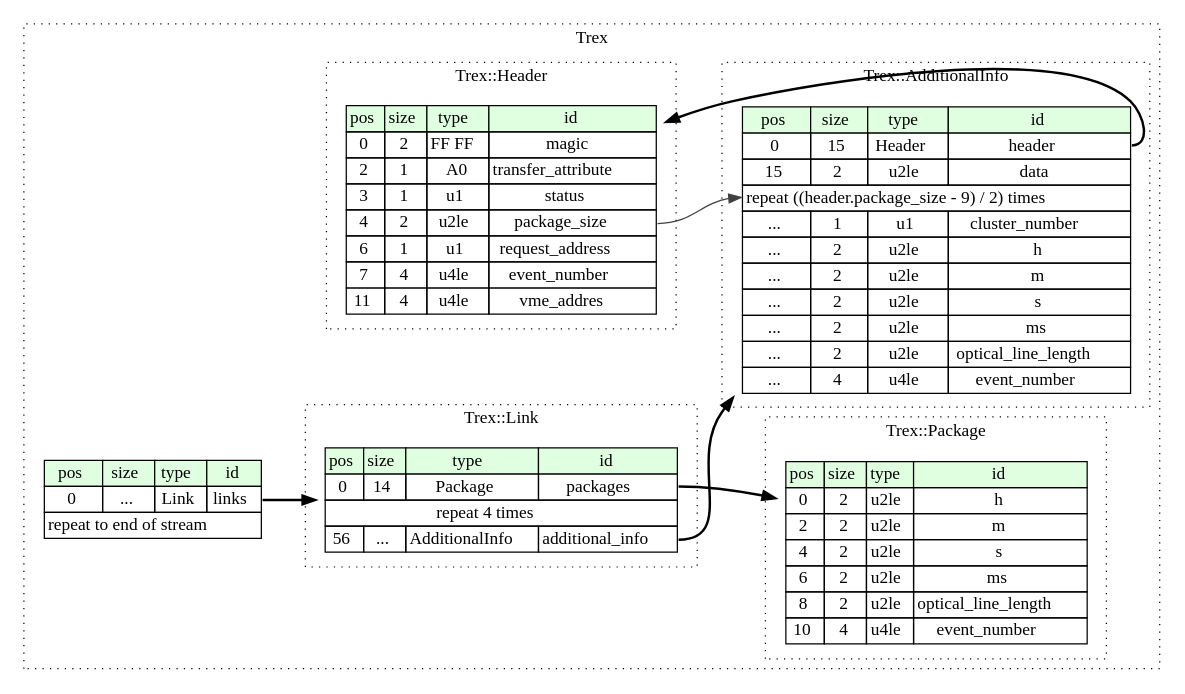
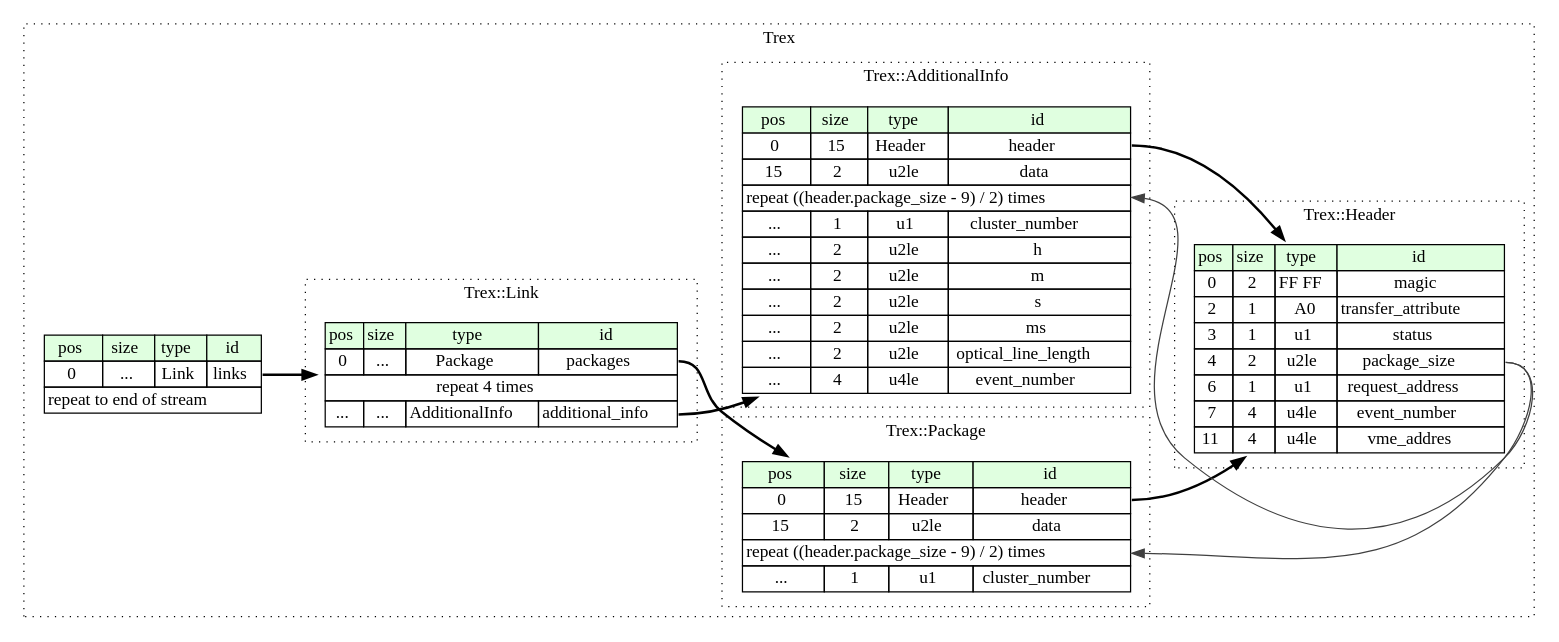
The diagram in src/trex/graphviz/trex.dot (sunveil/dataformats), drawn with Graphviz before and after one commit. The commit also changed 13 other files, not shown here.

```diff
--- a/src/trex/graphviz/trex.dot
+++ b/src/trex/graphviz/trex.dot
@@ -1,77 +1,77 @@
 digraph {
 	rankdir=LR;
 	node [shape=plaintext];
 	subgraph cluster__trex {
 		label="Trex";
 		graph[style=dotted];
 
 		trex__seq [label=<<TABLE BORDER="0" CELLBORDER="1" CELLSPACING="0">
 			<TR><TD BGCOLOR="#E0FFE0">pos</TD><TD BGCOLOR="#E0FFE0">size</TD><TD BGCOLOR="#E0FFE0">type</TD><TD BGCOLOR="#E0FFE0">id</TD></TR>
 			<TR><TD PORT="links_pos">0</TD><TD PORT="links_size">...</TD><TD>Link</TD><TD PORT="links_type">links</TD></TR>
 			<TR><TD COLSPAN="4" PORT="links__repeat">repeat to end of stream</TD></TR>
 		</TABLE>>];
 		subgraph cluster__link {
 			label="Trex::Link";
 			graph[style=dotted];
 
 			link__seq [label=<<TABLE BORDER="0" CELLBORDER="1" CELLSPACING="0">
 				<TR><TD BGCOLOR="#E0FFE0">pos</TD><TD BGCOLOR="#E0FFE0">size</TD><TD BGCOLOR="#E0FFE0">type</TD><TD BGCOLOR="#E0FFE0">id</TD></TR>
-				<TR><TD PORT="packages_pos">0</TD><TD PORT="packages_size">14</TD><TD>Package</TD><TD PORT="packages_type">packages</TD></TR>
+				<TR><TD PORT="packages_pos">0</TD><TD PORT="packages_size">...</TD><TD>Package</TD><TD PORT="packages_type">packages</TD></TR>
 				<TR><TD COLSPAN="4" PORT="packages__repeat">repeat 4 times</TD></TR>
-				<TR><TD PORT="additional_info_pos">56</TD><TD PORT="additional_info_size">...</TD><TD>AdditionalInfo</TD><TD PORT="additional_info_type">additional_info</TD></TR>
+				<TR><TD PORT="additional_info_pos">...</TD><TD PORT="additional_info_size">...</TD><TD>AdditionalInfo</TD><TD PORT="additional_info_type">additional_info</TD></TR>
 			</TABLE>>];
 		}
 		subgraph cluster__package {
 			label="Trex::Package";
 			graph[style=dotted];
 
 			package__seq [label=<<TABLE BORDER="0" CELLBORDER="1" CELLSPACING="0">
 				<TR><TD BGCOLOR="#E0FFE0">pos</TD><TD BGCOLOR="#E0FFE0">size</TD><TD BGCOLOR="#E0FFE0">type</TD><TD BGCOLOR="#E0FFE0">id</TD></TR>
-				<TR><TD PORT="h_pos">0</TD><TD PORT="h_size">2</TD><TD>u2le</TD><TD PORT="h_type">h</TD></TR>
-				<TR><TD PORT="m_pos">2</TD><TD PORT="m_size">2</TD><TD>u2le</TD><TD PORT="m_type">m</TD></TR>
-				<TR><TD PORT="s_pos">4</TD><TD PORT="s_size">2</TD><TD>u2le</TD><TD PORT="s_type">s</TD></TR>
-				<TR><TD PORT="ms_pos">6</TD><TD PORT="ms_size">2</TD><TD>u2le</TD><TD PORT="ms_type">ms</TD></TR>
-				<TR><TD PORT="optical_line_length_pos">8</TD><TD PORT="optical_line_length_size">2</TD><TD>u2le</TD><TD PORT="optical_line_length_type">optical_line_length</TD></TR>
-				<TR><TD PORT="event_number_pos">10</TD><TD PORT="event_number_size">4</TD><TD>u4le</TD><TD PORT="event_number_type">event_number</TD></TR>
+				<TR><TD PORT="header_pos">0</TD><TD PORT="header_size">15</TD><TD>Header</TD><TD PORT="header_type">header</TD></TR>
+				<TR><TD PORT="data_pos">15</TD><TD PORT="data_size">2</TD><TD>u2le</TD><TD PORT="data_type">data</TD></TR>
+				<TR><TD COLSPAN="4" PORT="data__repeat">repeat ((header.package_size - 9) / 2) times</TD></TR>
+				<TR><TD PORT="cluster_number_pos">...</TD><TD PORT="cluster_number_size">1</TD><TD>u1</TD><TD PORT="cluster_number_type">cluster_number</TD></TR>
 			</TABLE>>];
 		}
 		subgraph cluster__header {
 			label="Trex::Header";
 			graph[style=dotted];
 
 			header__seq [label=<<TABLE BORDER="0" CELLBORDER="1" CELLSPACING="0">
 				<TR><TD BGCOLOR="#E0FFE0">pos</TD><TD BGCOLOR="#E0FFE0">size</TD><TD BGCOLOR="#E0FFE0">type</TD><TD BGCOLOR="#E0FFE0">id</TD></TR>
 				<TR><TD PORT="magic_pos">0</TD><TD PORT="magic_size">2</TD><TD>FF FF</TD><TD PORT="magic_type">magic</TD></TR>
 				<TR><TD PORT="transfer_attribute_pos">2</TD><TD PORT="transfer_attribute_size">1</TD><TD>A0</TD><TD PORT="transfer_attribute_type">transfer_attribute</TD></TR>
 				<TR><TD PORT="status_pos">3</TD><TD PORT="status_size">1</TD><TD>u1</TD><TD PORT="status_type">status</TD></TR>
 				<TR><TD PORT="package_size_pos">4</TD><TD PORT="package_size_size">2</TD><TD>u2le</TD><TD PORT="package_size_type">package_size</TD></TR>
 				<TR><TD PORT="request_address_pos">6</TD><TD PORT="request_address_size">1</TD><TD>u1</TD><TD PORT="request_address_type">request_address</TD></TR>
 				<TR><TD PORT="event_number_pos">7</TD><TD PORT="event_number_size">4</TD><TD>u4le</TD><TD PORT="event_number_type">event_number</TD></TR>
 				<TR><TD PORT="vme_addres_pos">11</TD><TD PORT="vme_addres_size">4</TD><TD>u4le</TD><TD PORT="vme_addres_type">vme_addres</TD></TR>
 			</TABLE>>];
 		}
 		subgraph cluster__additional_info {
 			label="Trex::AdditionalInfo";
 			graph[style=dotted];
 
 			additional_info__seq [label=<<TABLE BORDER="0" CELLBORDER="1" CELLSPACING="0">
 				<TR><TD BGCOLOR="#E0FFE0">pos</TD><TD BGCOLOR="#E0FFE0">size</TD><TD BGCOLOR="#E0FFE0">type</TD><TD BGCOLOR="#E0FFE0">id</TD></TR>
 				<TR><TD PORT="header_pos">0</TD><TD PORT="header_size">15</TD><TD>Header</TD><TD PORT="header_type">header</TD></TR>
 				<TR><TD PORT="data_pos">15</TD><TD PORT="data_size">2</TD><TD>u2le</TD><TD PORT="data_type">data</TD></TR>
 				<TR><TD COLSPAN="4" PORT="data__repeat">repeat ((header.package_size - 9) / 2) times</TD></TR>
 				<TR><TD PORT="cluster_number_pos">...</TD><TD PORT="cluster_number_size">1</TD><TD>u1</TD><TD PORT="cluster_number_type">cluster_number</TD></TR>
 				<TR><TD PORT="h_pos">...</TD><TD PORT="h_size">2</TD><TD>u2le</TD><TD PORT="h_type">h</TD></TR>
 				<TR><TD PORT="m_pos">...</TD><TD PORT="m_size">2</TD><TD>u2le</TD><TD PORT="m_type">m</TD></TR>
 				<TR><TD PORT="s_pos">...</TD><TD PORT="s_size">2</TD><TD>u2le</TD><TD PORT="s_type">s</TD></TR>
 				<TR><TD PORT="ms_pos">...</TD><TD PORT="ms_size">2</TD><TD>u2le</TD><TD PORT="ms_type">ms</TD></TR>
 				<TR><TD PORT="optical_line_length_pos">...</TD><TD PORT="optical_line_length_size">2</TD><TD>u2le</TD><TD PORT="optical_line_length_type">optical_line_length</TD></TR>
 				<TR><TD PORT="event_number_pos">...</TD><TD PORT="event_number_size">4</TD><TD>u4le</TD><TD PORT="event_number_type">event_number</TD></TR>
 			</TABLE>>];
 		}
 	}
 	trex__seq:links_type -> link__seq [style=bold];
 	link__seq:packages_type -> package__seq [style=bold];
 	link__seq:additional_info_type -> additional_info__seq [style=bold];
+	package__seq:header_type -> header__seq [style=bold];
+	header__seq:package_size_type -> package__seq:data__repeat [color="#404040"];
 	additional_info__seq:header_type -> header__seq [style=bold];
 	header__seq:package_size_type -> additional_info__seq:data__repeat [color="#404040"];
 }
```
